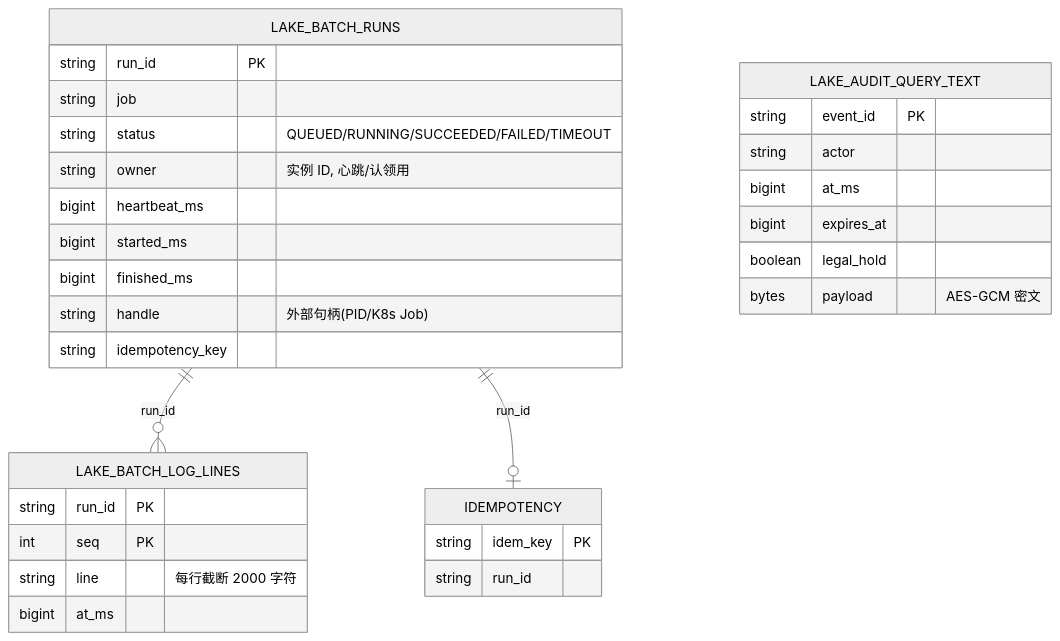
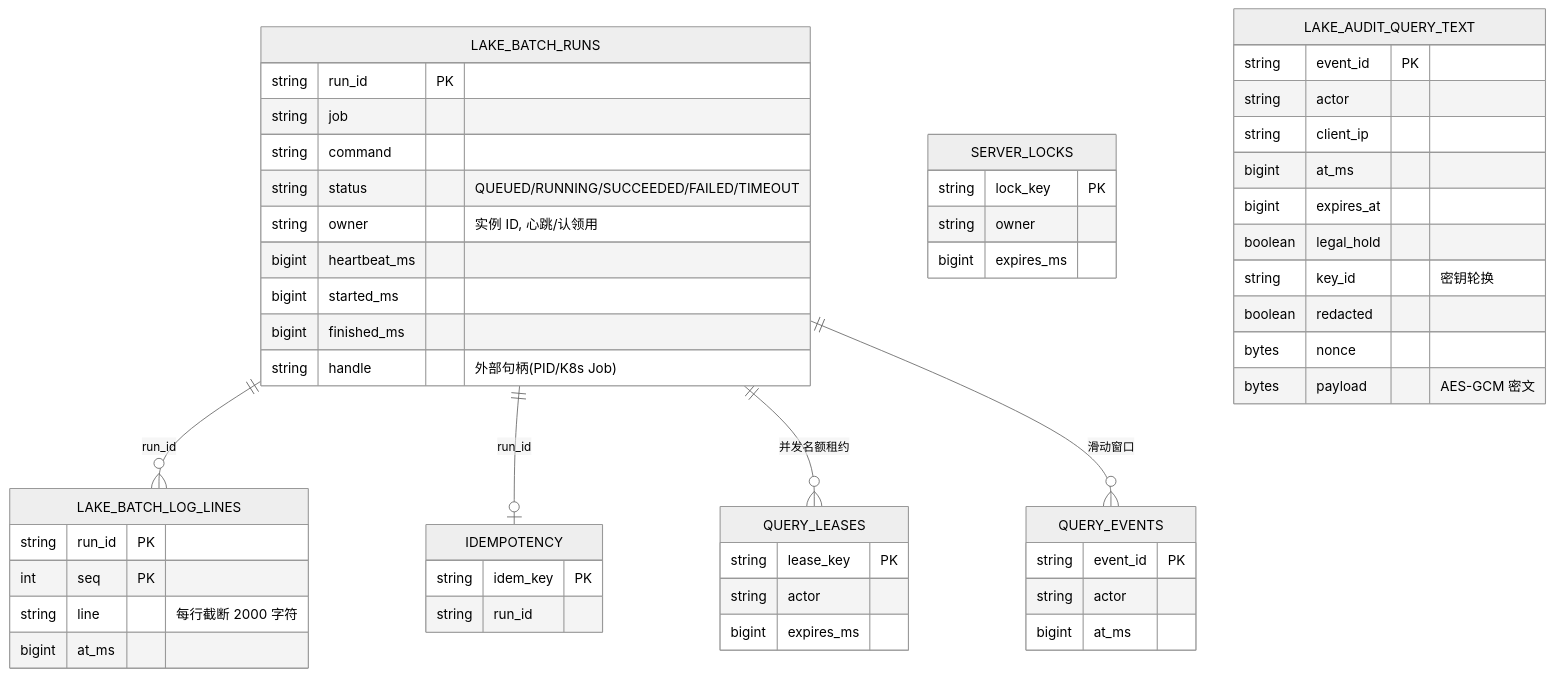
Before and after one commit to leishu/data-demo: diagram 13 of 13 in docs/lakehouse-demo/概要设计-lakehouse-demo.md, drawn with Mermaid (neutral theme). The commit also changed other lines of this file, not shown here.

````diff
--- a/docs/lakehouse-demo/概要设计-lakehouse-demo.md
+++ b/docs/lakehouse-demo/概要设计-lakehouse-demo.md
@@ -791,35 +872,56 @@
 ```mermaid
 erDiagram
     LAKE_BATCH_RUNS ||--o{ LAKE_BATCH_LOG_LINES : "run_id"
     LAKE_BATCH_RUNS ||--o| IDEMPOTENCY : "run_id"
+    LAKE_BATCH_RUNS ||--o{ QUERY_LEASES : "并发名额租约"
+    LAKE_BATCH_RUNS ||--o{ QUERY_EVENTS : "滑动窗口"
 
     LAKE_BATCH_RUNS {
         string run_id PK
         string job
+        string command
         string status "QUEUED/RUNNING/SUCCEEDED/FAILED/TIMEOUT"
         string owner "实例 ID, 心跳/认领用"
         bigint heartbeat_ms
         bigint started_ms
         bigint finished_ms
         string handle "外部句柄(PID/K8s Job)"
-        string idempotency_key
     }
     LAKE_BATCH_LOG_LINES {
         string run_id PK
         int seq PK
         string line "每行截断 2000 字符"
         bigint at_ms
     }
     IDEMPOTENCY {
         string idem_key PK
         string run_id
     }
+    QUERY_LEASES {
+        string lease_key PK
+        string actor
+        bigint expires_ms
+    }
+    QUERY_EVENTS {
+        string event_id PK
+        string actor
+        bigint at_ms
+    }
+    SERVER_LOCKS {
+        string lock_key PK
+        string owner
+        bigint expires_ms
+    }
     LAKE_AUDIT_QUERY_TEXT {
         string event_id PK
         string actor
+        string client_ip
         bigint at_ms
         bigint expires_at
         boolean legal_hold
+        string key_id "密钥轮换"
+        boolean redacted
+        bytes nonce
         bytes payload "AES-GCM 密文"
     }
 ```
````
